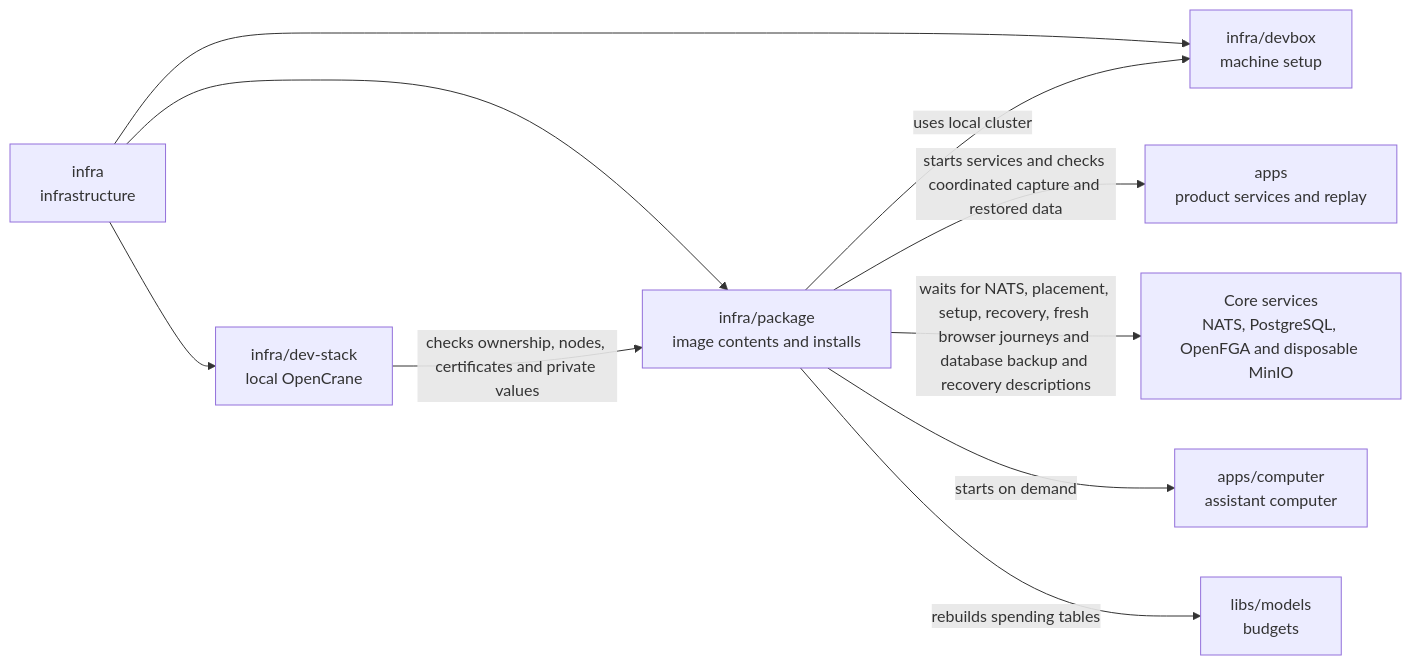
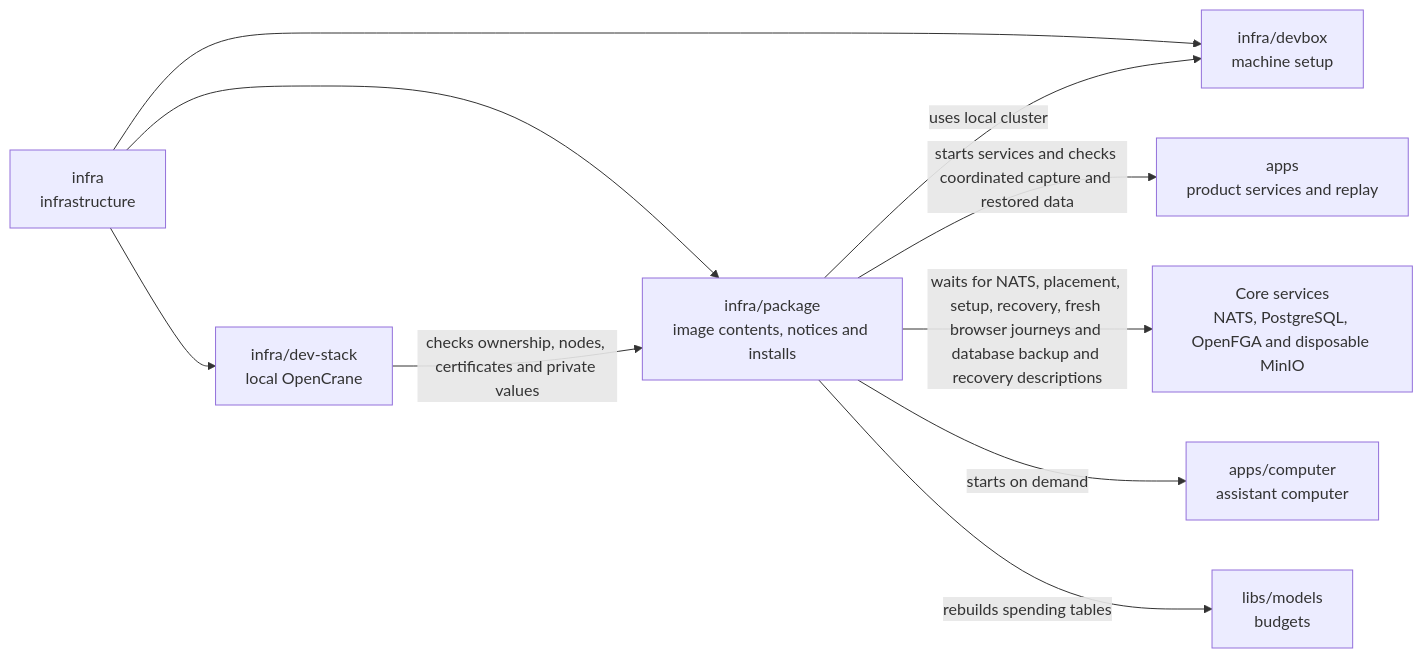
One commit to elewa-git/opencrane-new changed the diagram in infra/package/README.md. Above: the diagram before and after it, drawn with Mermaid. The commit also changed other lines of this file and 9 other files, not shown here.

````diff
--- a/infra/package/README.md
+++ b/infra/package/README.md
@@ -19,12 +19,12 @@
 ```mermaid
 flowchart LR
-  infra["infra<br/>infrastructure"] --> package["infra/package<br/>image contents and installs"]
+  infra["infra<br/>infrastructure"] --> package["infra/package<br/>image contents, notices and installs"]
   infra --> stack["infra/dev-stack<br/>local OpenCrane"]
   infra --> devbox["infra/devbox<br/>machine setup"]
   stack -->|checks ownership, nodes, certificates and private values| package
   package -->|uses local cluster| devbox
   package -->|starts services and checks coordinated capture and restored data| apps["apps<br/>product services and replay"]
   package -->|waits for NATS, placement, setup, recovery, fresh browser journeys and database backup and recovery descriptions| services["Core services<br/>NATS, PostgreSQL, OpenFGA and disposable MinIO"]
   package -->|starts on demand| computer["apps/computer<br/>assistant computer"]
   package -->|rebuilds spending tables| models["libs/models<br/>budgets"]
 ```
````
